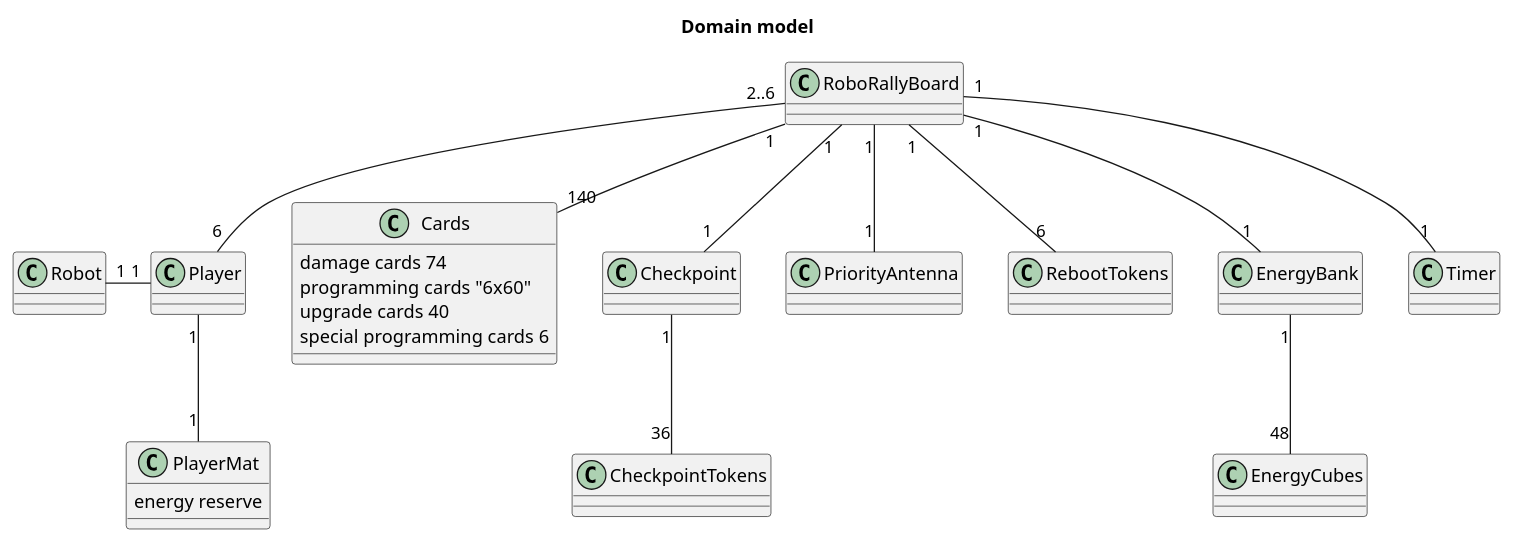
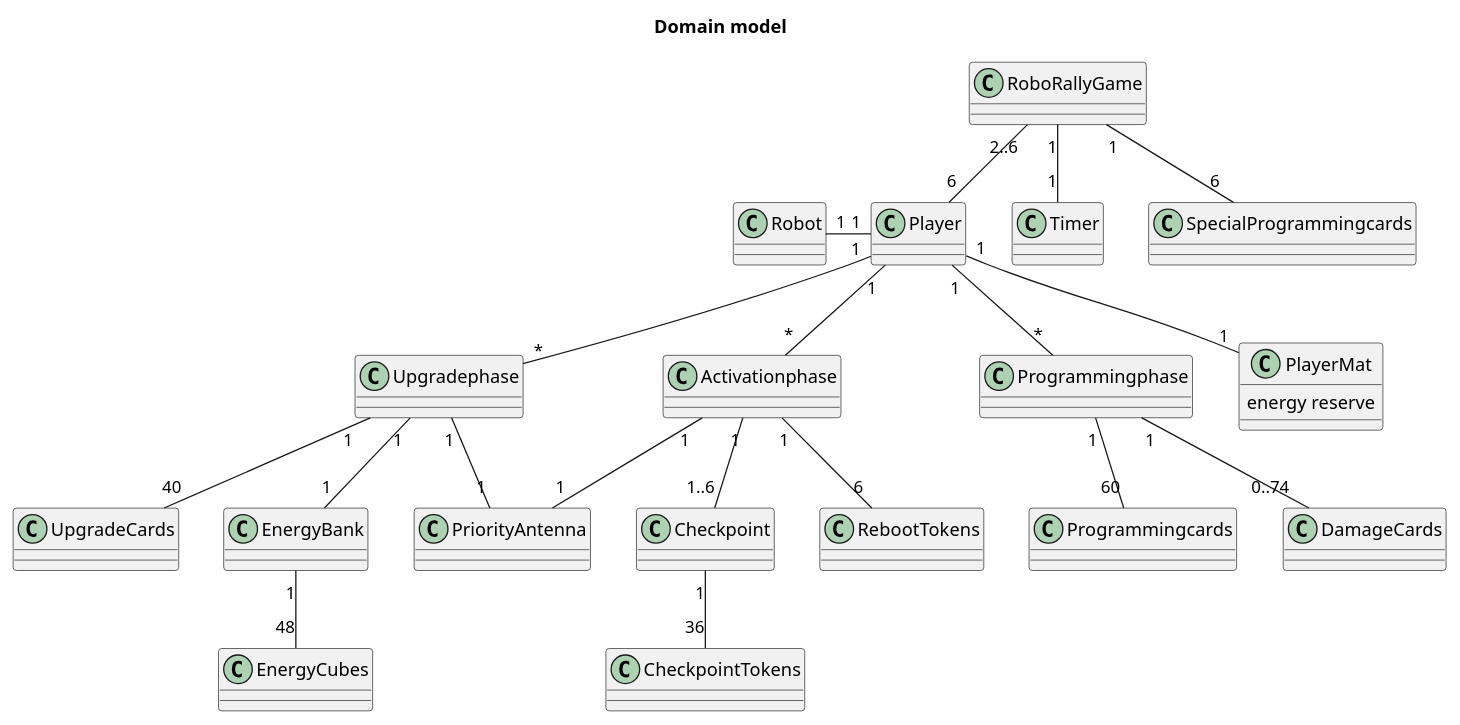
One commit to NegarOstad/RoboRally-Repo changed the diagram in Diagrams/Domain.puml. Above: the diagram before and after it, drawn with PlantUML.

Commit message:
"updated domain model 22-03-23"

```diff
--- a/Diagrams/Domain.puml
+++ b/Diagrams/Domain.puml
@@ -1,46 +1,54 @@
 @startuml
 title Domain model
-class RoboRallyBoard {
+class RoboRallyGame {
 
 }
 
+class Upgradephase{
+
+}
+
+class Activationphase {
+
+}
+
+class Programmingphase {
+
+}
 
 class Player {
 
 }
 
 class Robot {
 
 }
 
 class PlayerMat {
 energy reserve
 }
 
 
-class Cards {
-damage cards 74
-programming cards "6x60"
-upgrade cards 40
-special programming cards 6
-}
-
-
-RoboRallyBoard "2..6"--"6" Player
-RoboRallyBoard "1"--"1" Checkpoint
+RoboRallyGame "2..6"--"6" Player
+Activationphase "1"--"1..6" Checkpoint
+Player "1"--"*" Upgradephase
+Upgradephase "1"--"40" UpgradeCards
+Player "1" -- "*" Activationphase
+Player "1" -- "*" Programmingphase
+Programmingphase "1" -- "60" Programmingcards
 Checkpoint"1"--"36" CheckpointTokens
 Player "1"-left-"1" Robot
 Player "1"--"1" PlayerMat
-RoboRallyBoard "1"--"1" PriorityAntenna
-RoboRallyBoard "1"--"6" RebootTokens
-RoboRallyBoard "1"--"140" Cards
-RoboRallyBoard "1"--"1" EnergyBank
+Activationphase "1"--"1" PriorityAntenna
+Upgradephase "1"--"1" PriorityAntenna
+Activationphase "1"--"6" RebootTokens
+Upgradephase "1"--"1" EnergyBank
 EnergyBank "1" -- "48" EnergyCubes
-RoboRallyBoard "1" -- "1" Timer
-
-
+RoboRallyGame "1" -- "1" Timer
+Programmingphase "1"--"0..74" DamageCards
+RoboRallyGame "1"--"6" SpecialProgrammingcards
 
 
 
 
 @enduml
```
